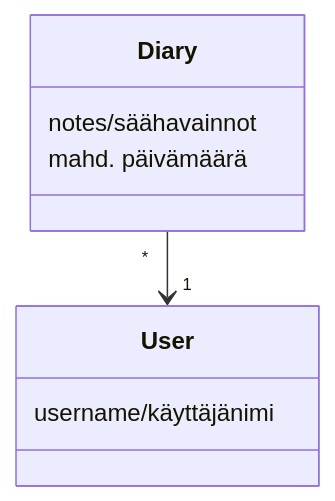
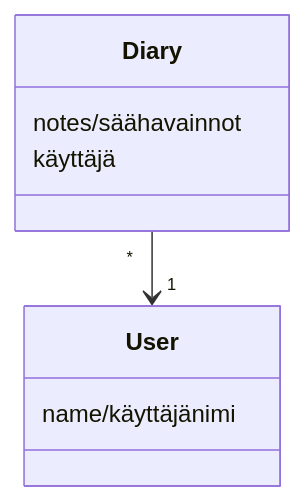
One commit to sansilla/ot-harjoitustyo changed the diagram in dokumentaatio/arkkitehtuuri.md. Above: the diagram before and after it, drawn with Mermaid. The commit also changed other lines of this file, not shown here.

````diff
--- a/dokumentaatio/arkkitehtuuri.md
+++ b/dokumentaatio/arkkitehtuuri.md
@@ -22,12 +22,12 @@
 ```mermaid
  classDiagram
       Diary "*" --> "1" User
      
       class Diary{
           notes/säähavainnot
-          mahd. päivämäärä
+          käyttäjä
       }
       class User{
-          username/käyttäjänimi
+          name/käyttäjänimi
       }
 ```
````
